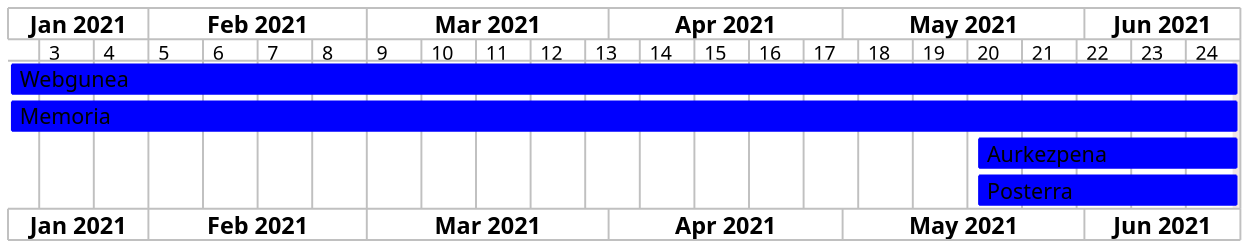
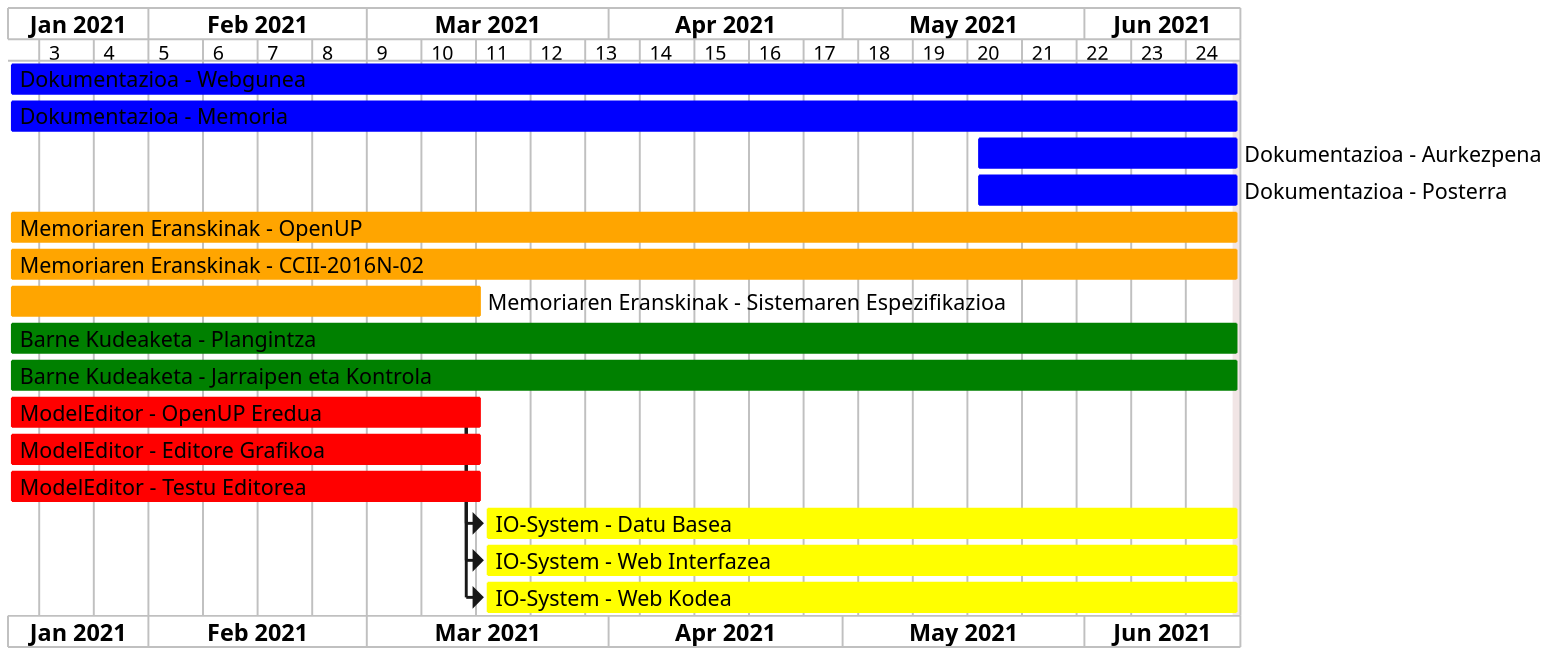
The diagram in Proiektua/PlantUML/Gantt.pu (juletx/ProMeta), drawn with PlantUML before and after one commit. The commit also changed 7 other files, not shown here.

Commit message:
PlantUML doagramak eguneratu

```diff
--- a/Proiektua/PlantUML/Gantt.pu
+++ b/Proiektua/PlantUML/Gantt.pu
@@ -1,14 +1,51 @@
 @startgantt Gantt
 scale 5/2
 printscale weekly
+
 project starts the 2021/01/14
 2021/06/20 is closed
-[Webgunea] starts 2021/01/14 and ends 2021/06/20
-[Memoria] starts 2021/01/14 and ends 2021/06/20
-[Aurkezpena] starts 2021/05/18 and ends 2021/06/20
-[Posterra] starts 2021/05/18 and ends 2021/06/20
-[Webgunea] is colored in Blue
-[Memoria] is colored in Blue
-[Aurkezpena] is colored in Blue
-[Posterra] is colored in Blue
+
+'Dokumentazioa'
+[Dokumentazioa - Webgunea] starts 2021/01/14 and ends 2021/06/20
+[Dokumentazioa - Memoria] starts 2021/01/14 and ends 2021/06/20
+[Dokumentazioa - Aurkezpena] starts 2021/05/18 and ends 2021/06/20
+[Dokumentazioa - Posterra] starts 2021/05/18 and ends 2021/06/20
+[Dokumentazioa - Webgunea] is colored in Blue
+[Dokumentazioa - Memoria] is colored in Blue
+[Dokumentazioa - Aurkezpena] is colored in Blue
+[Dokumentazioa - Posterra] is colored in Blue
+
+'Memoriaren Eranskinak'
+[Memoriaren Eranskinak - OpenUP] starts 2021/01/14 and ends 2021/06/20
+[Memoriaren Eranskinak - CCII-2016N-02] starts 2021/01/14 and ends 2021/06/20
+[Memoriaren Eranskinak - Sistemaren Espezifikazioa] starts 2021/01/14 and ends 2021/03/15
+[Memoriaren Eranskinak - OpenUP] is colored in Orange
+[Memoriaren Eranskinak - CCII-2016N-02] is colored in Orange
+[Memoriaren Eranskinak - Sistemaren Espezifikazioa] is colored in Orange
+
+'Barne Kudeaketa'
+[Barne Kudeaketa - Plangintza] starts 2021/01/14 and ends 2021/06/20
+[Barne Kudeaketa - Jarraipen eta Kontrola] starts 2021/01/14 and ends 2021/06/20
+[Barne Kudeaketa - Plangintza] is colored in Green
+[Barne Kudeaketa - Jarraipen eta Kontrola] is colored in Green
+
+'ModelEditor'
+[ModelEditor - OpenUP Eredua] starts 2021/01/14 and ends 2021/03/15
+[ModelEditor - Editore Grafikoa] starts 2021/01/14 and ends 2021/03/15
+[ModelEditor - Testu Editorea] starts 2021/01/14 and ends 2021/03/15
+[ModelEditor - OpenUP Eredua] is colored in Red
+[ModelEditor - Editore Grafikoa] is colored in Red
+[ModelEditor - Testu Editorea] is colored in Red
+
+'IO-System'
+[IO-System - Datu Basea] starts 2021/03/16 and ends 2021/06/20
+[IO-System - Web Interfazea] starts 2021/03/16 and ends 2021/06/20
+[IO-System - Web Kodea] starts 2021/03/16 and ends 2021/06/20
+[IO-System - Datu Basea] is colored in Yellow
+[IO-System - Web Interfazea] is colored in Yellow
+[IO-System - Web Kodea] is colored in Yellow
+
+[ModelEditor - OpenUP Eredua] -> [IO-System - Datu Basea]
+[ModelEditor - OpenUP Eredua] -> [IO-System - Web Interfazea]
+[ModelEditor - OpenUP Eredua] -> [IO-System - Web Kodea]
 @endgantt
```
